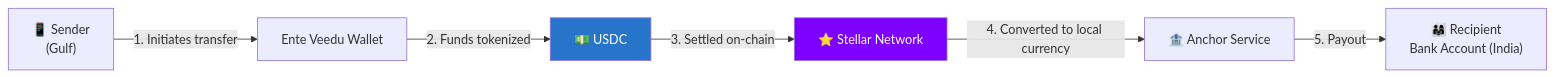
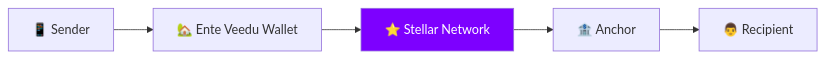
Before and after one commit to Ente-Veedu/.github: the first of 3 diagrams in profile/README.md, drawn with Mermaid. The commit also changed other lines of this file, not shown here.

````diff
--- a/profile/README.md
+++ b/profile/README.md
@@ -39,11 +39,9 @@
 ```mermaid
 flowchart LR
-    A["📱 Sender<br/>(Gulf)"] -->|1. Initiates transfer| B["Ente Veedu Wallet"]
-    B -->|2. Funds tokenized| C["💵 USDC"]
-    C -->|3. Settled on-chain| D["⭐ Stellar Network"]
-    D -->|4. Converted to local currency| E["🏦 Anchor Service"]
-    E -->|5. Payout| F["👨‍👩‍👧 Recipient<br/>Bank Account (India)"]
+    A["📱 Sender"] --> B["🏡 Ente Veedu Wallet"]
+    B --> C["⭐ Stellar Network"]
+    C --> D["🏦 Anchor"]
+    D --> E["👨 Recipient"]
 
-    style D fill:#7D00FF,color:#fff
-    style C fill:#2775CA,color:#fff
+    style C fill:#7D00FF,color:#fff
 ```
````
